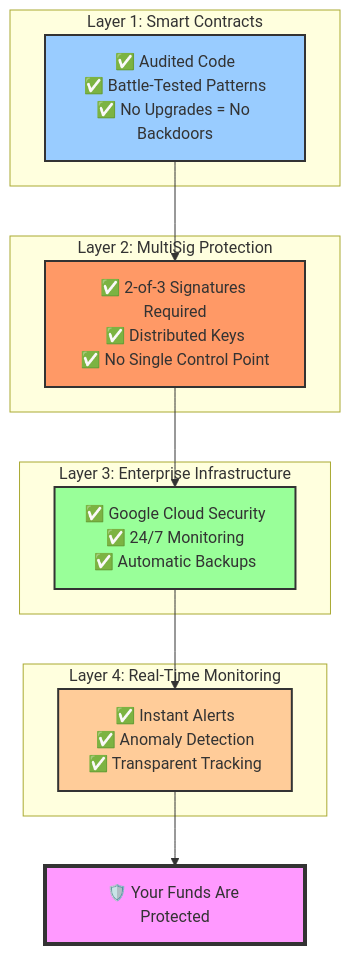
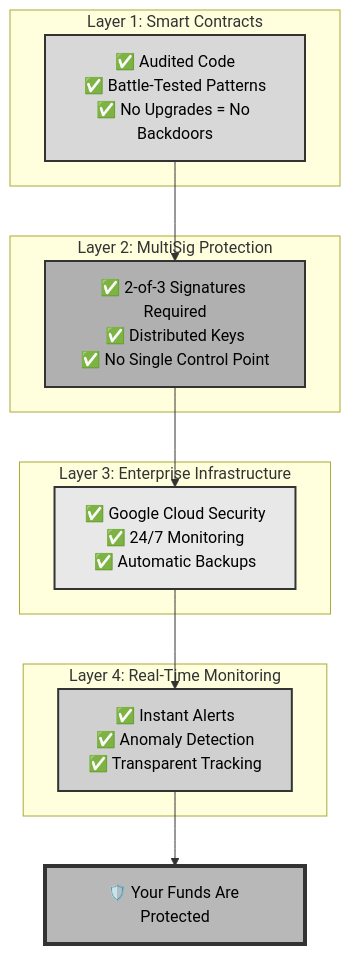
The seventh of 13 diagrams in ARCHITECTURE.md (VaporFund/vapor-staking-platform-docs), drawn with Mermaid before and after one commit. The commit also changed other lines of this file and 1 other file, not shown here.

First line of the commit message:
docs: enhance ARCHITECTURE.md with explanations and grayscale styling

````diff
--- a/ARCHITECTURE.md
+++ b/ARCHITECTURE.md
@@ -224,31 +223,31 @@
 ```mermaid
 graph TD
     subgraph Layer1["Layer 1: Smart Contracts"]
         SC["✅ Audited Code<br>✅ Battle-Tested Patterns<br>✅ No Upgrades = No Backdoors"]
     end
 
     subgraph Layer2["Layer 2: MultiSig Protection"]
         MS["✅ 2-of-3 Signatures Required<br>✅ Distributed Keys<br>✅ No Single Control Point"]
     end
 
     subgraph Layer3["Layer 3: Enterprise Infrastructure"]
         INF["✅ Google Cloud Security<br>✅ 24/7 Monitoring<br>✅ Automatic Backups"]
     end
 
     subgraph Layer4["Layer 4: Real-Time Monitoring"]
         MON["✅ Instant Alerts<br>✅ Anomaly Detection<br>✅ Transparent Tracking"]
     end
 
     SC --> MS
     MS --> INF
     INF --> MON
 
     SAFE["🛡️ Your Funds Are Protected"]
     MON --> SAFE
 
-    style SC fill:#9cf,stroke:#333,stroke-width:2px
-    style MS fill:#f96,stroke:#333,stroke-width:2px
-    style INF fill:#9f9,stroke:#333,stroke-width:2px
-    style MON fill:#fc9,stroke:#333,stroke-width:2px
-    style SAFE fill:#f9f,stroke:#333,stroke-width:4px
+    style SC fill:#d8d8d8,stroke:#333,stroke-width:2px,color:#000
+    style MS fill:#b0b0b0,stroke:#333,stroke-width:2px,color:#000
+    style INF fill:#e8e8e8,stroke:#333,stroke-width:2px,color:#000
+    style MON fill:#d0d0d0,stroke:#333,stroke-width:2px,color:#000
+    style SAFE fill:#b8b8b8,stroke:#333,stroke-width:4px,color:#000
 ```
````
